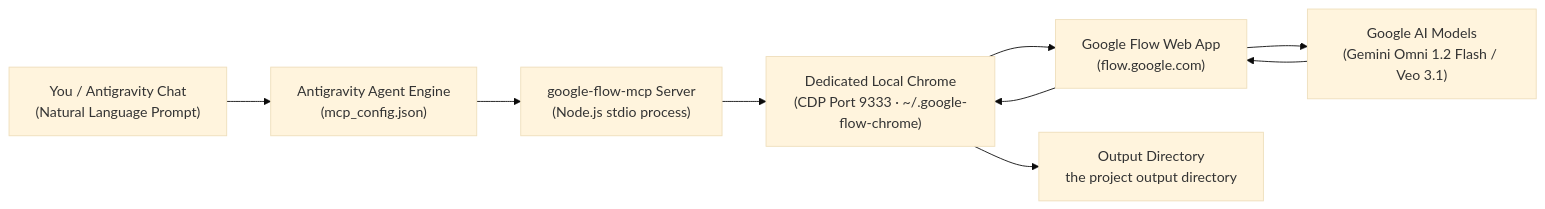
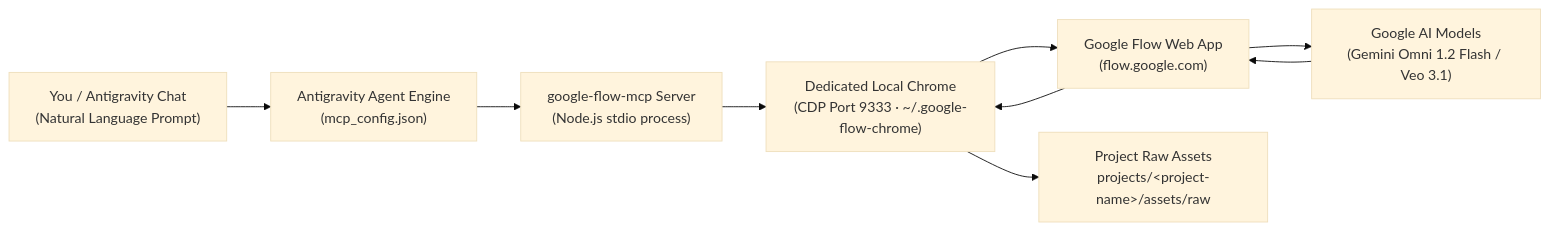
Before and after one commit to thiyo-de/AI-Video-and--MotionGraphics: the diagram in flowmcp.md, drawn with Mermaid (base theme). The commit also changed other lines of this file and 10 other files, not shown here.

````diff
--- a/flowmcp.md
+++ b/flowmcp.md
@@ -14,11 +14,11 @@
 ```mermaid
 flowchart LR
     A["You / Antigravity Chat<br>(Natural Language Prompt)"] --> B["Antigravity Agent Engine<br>(mcp_config.json)"]
     B --> C["google-flow-mcp Server<br>(Node.js stdio process)"]
     C --> D["Dedicated Local Chrome<br>(CDP Port 9333 · ~/.google-flow-chrome)"]
     D --> E["Google Flow Web App<br>(flow.google.com)"]
     E --> F["Google AI Models<br>(Gemini Omni 1.2 Flash / Veo 3.1)"]
     F --> E
     E --> D
-    D --> G["Output Directory<br>the project output directory"]
+    D --> G["Project Raw Assets<br>projects/&lt;project-name&gt;/assets/raw"]
 ```
````
